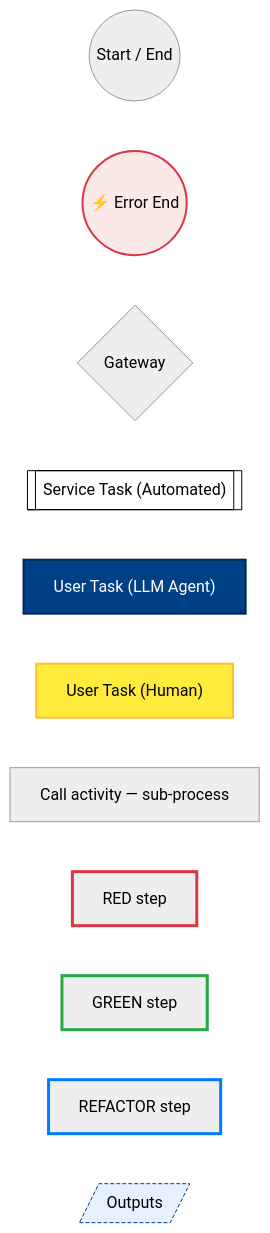
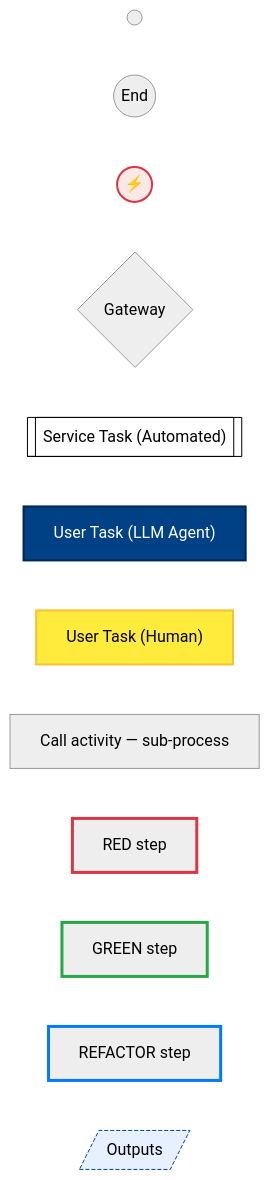
Before and after one commit to optivem/gh-optivem: the first of 53 diagrams in docs/process-diagram.md, drawn with Mermaid (neutral theme). The commit also changed other lines of this file and 1 other file, not shown here.

First line of the commit message:
atdd: shrink event circles in process diagrams

````diff
--- a/docs/process-diagram.md
+++ b/docs/process-diagram.md
@@ -19,38 +20,39 @@
 ```mermaid
 flowchart LR
-    EVT((Start / End))
-    ERR(("⚡ Error End"))
+    EVS(( ))
+    EVE((End))
+    ERR((⚡))
     GW{Gateway}
     SVC[["Service Task (Automated)"]]
     AGT["User Task (LLM Agent)"]
     HUM["User Task (Human)"]
     CALL[Call activity — sub-process]
     TDDR[RED step]
     TDDG[GREEN step]
     TDDF[REFACTOR step]
     OUT[/Outputs/]
 
     classDef serviceNode fill:#ffffff,stroke:#000000,stroke-width:1px,color:#000000
     class SVC serviceNode
 
     classDef agentNode fill:#004085,stroke:#002752,stroke-width:2px,color:#ffffff
     class AGT agentNode
 
     classDef humanNode fill:#ffeb3b,stroke:#fbc02d,stroke-width:2px,color:#000000
     class HUM humanNode
 
     classDef errorEndNode fill:#fbe9e7,stroke:#dc3545,stroke-width:2px,color:#000000
     class ERR errorEndNode
 
     classDef tddRedNode stroke:#dc3545,stroke-width:3px
     class TDDR tddRedNode
 
     classDef tddGreenNode stroke:#28a745,stroke-width:3px
     class TDDG tddGreenNode
 
     classDef tddRefactorNode stroke:#007bff,stroke-width:3px
     class TDDF tddRefactorNode
 
     classDef outputNode fill:#e7f0ff,stroke:#004085,stroke-width:1px,stroke-dasharray:4 2,color:#000000
     class OUT outputNode
 ```
````
